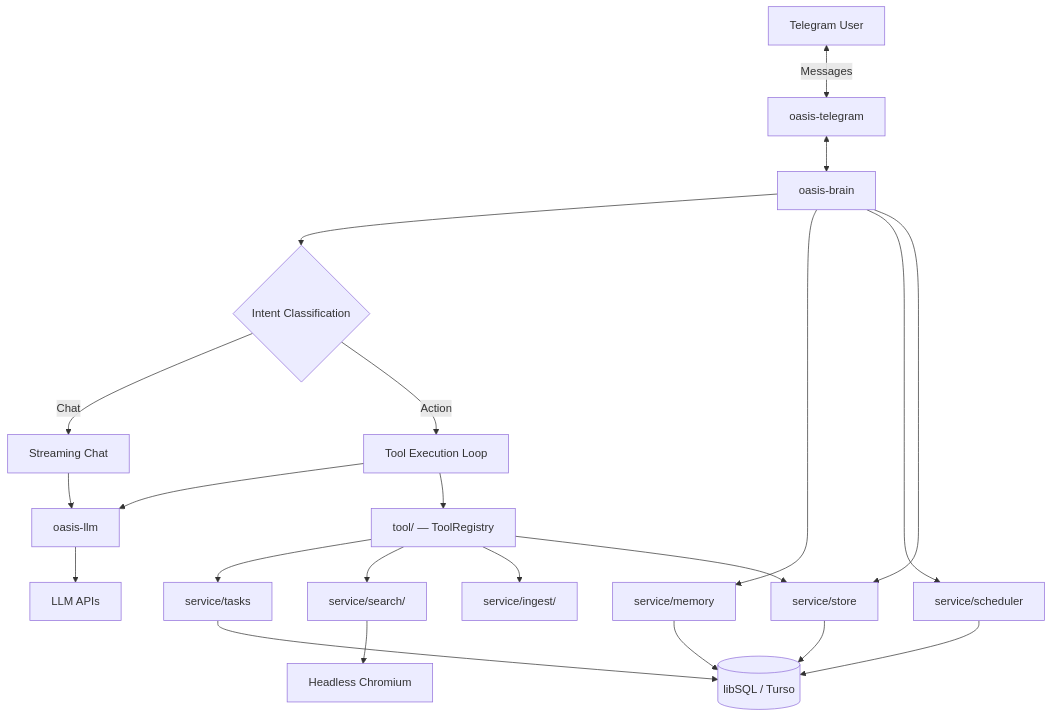
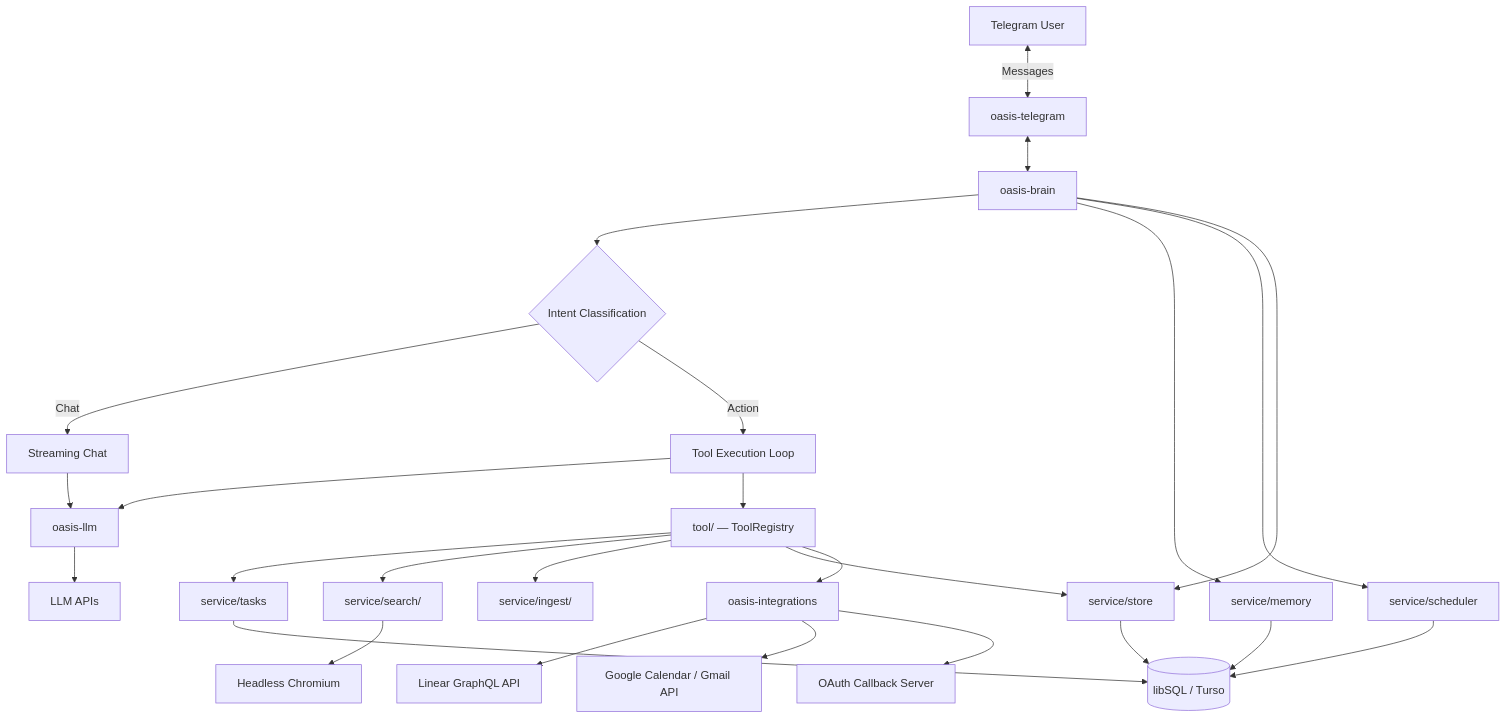
Before and after one commit to nevindra/oasis: the first of 3 diagrams in docs/ARCHITECTURE.md, drawn with Mermaid. The commit also changed other lines of this file and 11 other files, not shown here.

````diff
--- a/docs/ARCHITECTURE.md
+++ b/docs/ARCHITECTURE.md
@@ -7,30 +7,35 @@
 ```mermaid
 graph TB
     User[Telegram User] <-->|Messages| TG[oasis-telegram]
     TG <--> Brain[oasis-brain]
 
     Brain --> Intent{Intent Classification}
     Intent -->|Chat| Stream[Streaming Chat]
     Intent -->|Action| ToolLoop[Tool Execution Loop]
 
     Stream --> LLM[oasis-llm]
     ToolLoop --> LLM
     ToolLoop --> Tools[tool/ — ToolRegistry]
 
     Tools --> Tasks[service/tasks]
     Tools --> Search[service/search/]
     Tools --> Ingest[service/ingest/]
     Tools --> Store[service/store]
+    Tools --> Integrations[oasis-integrations]
 
     Brain --> Memory[service/memory]
     Brain --> Scheduler[service/scheduler]
     Brain --> Store
 
     Store --> DB[(libSQL / Turso)]
     Tasks --> DB
     Memory --> DB
     Scheduler --> DB
 
+    Integrations --> LinearAPI[Linear GraphQL API]
+    Integrations --> GoogleAPI[Google Calendar / Gmail API]
+    Integrations --> OAuthServer[OAuth Callback Server]
+
     Search --> Chrome[Headless Chromium]
     LLM --> APIs[LLM APIs]
 ```
````
